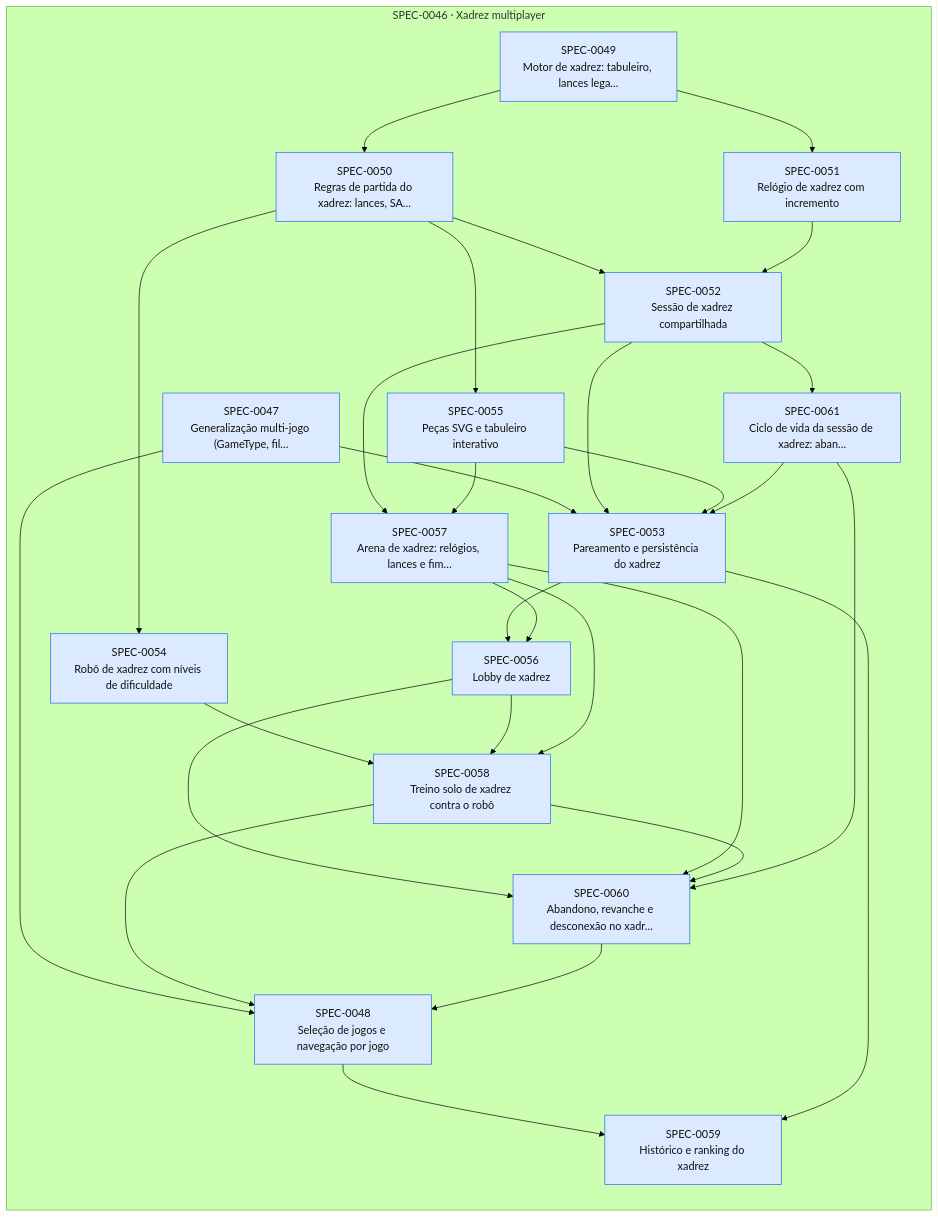
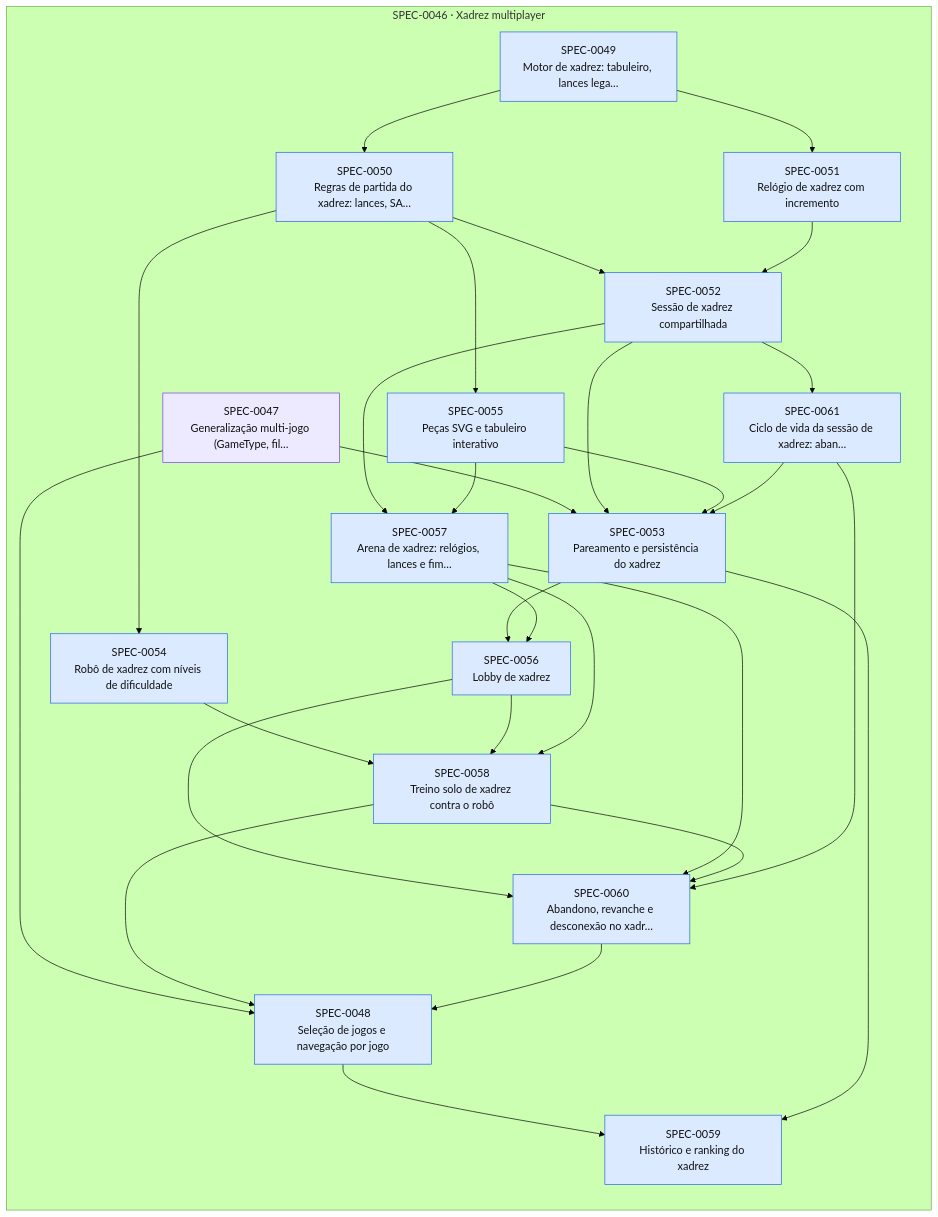
Before and after one commit to thomasravache/jogo-da-velha-multiplayer: the diagram in docs/specs/INDEX.md, drawn with Mermaid (forest theme). The commit also changed other lines of this file and 1 other file, not shown here.

First line of the commit message:
docs(specs): registrar gates G1-G4 da SPEC-0047

````diff
--- a/docs/specs/INDEX.md
+++ b/docs/specs/INDEX.md
@@ -51,52 +51,52 @@
 ```mermaid
 flowchart LR
   subgraph E0046["SPEC-0046 · Xadrez multiplayer"]
-    S0047["SPEC-0047<br/>Generalização multi-jogo (GameType, fil…"]:::approved
+    S0047["SPEC-0047<br/>Generalização multi-jogo (GameType, fil…"]:::inprogress
     S0048["SPEC-0048<br/>Seleção de jogos e navegação por jogo"]:::approved
     S0049["SPEC-0049<br/>Motor de xadrez: tabuleiro, lances lega…"]:::approved
     S0050["SPEC-0050<br/>Regras de partida do xadrez: lances, SA…"]:::approved
     S0051["SPEC-0051<br/>Relógio de xadrez com incremento"]:::approved
     S0052["SPEC-0052<br/>Sessão de xadrez compartilhada"]:::approved
     S0053["SPEC-0053<br/>Pareamento e persistência do xadrez"]:::approved
     S0054["SPEC-0054<br/>Robô de xadrez com níveis de dificuldade"]:::approved
     S0055["SPEC-0055<br/>Peças SVG e tabuleiro interativo"]:::approved
     S0056["SPEC-0056<br/>Lobby de xadrez"]:::approved
     S0057["SPEC-0057<br/>Arena de xadrez: relógios, lances e fim…"]:::approved
     S0058["SPEC-0058<br/>Treino solo de xadrez contra o robô"]:::approved
     S0059["SPEC-0059<br/>Histórico e ranking do xadrez"]:::approved
     S0060["SPEC-0060<br/>Abandono, revanche e desconexão no xadr…"]:::approved
     S0061["SPEC-0061<br/>Ciclo de vida da sessão de xadrez: aban…"]:::approved
   end
   S0047 --> S0048
   S0058 --> S0048
   S0060 --> S0048
   S0049 --> S0050
   S0049 --> S0051
   S0050 --> S0052
   S0051 --> S0052
   S0047 --> S0053
   S0052 --> S0053
   S0055 --> S0053
   S0061 --> S0053
   S0050 --> S0054
   S0050 --> S0055
   S0053 --> S0056
   S0057 --> S0056
   S0052 --> S0057
   S0055 --> S0057
   S0054 --> S0058
   S0056 --> S0058
   S0057 --> S0058
   S0048 --> S0059
   S0053 --> S0059
   S0056 --> S0060
   S0057 --> S0060
   S0058 --> S0060
   S0061 --> S0060
   S0052 --> S0061
   classDef proposed fill:#fef3c7,stroke:#d97706,color:#111
   classDef approved fill:#dbeafe,stroke:#2563eb,color:#111
   classDef inprogress fill:#ede9fe,stroke:#7c3aed,color:#111
   classDef implemented fill:#dcfce7,stroke:#16a34a,color:#111
   classDef deprecated fill:#f3f4f6,stroke:#9ca3af,color:#6b7280
 ```
````
